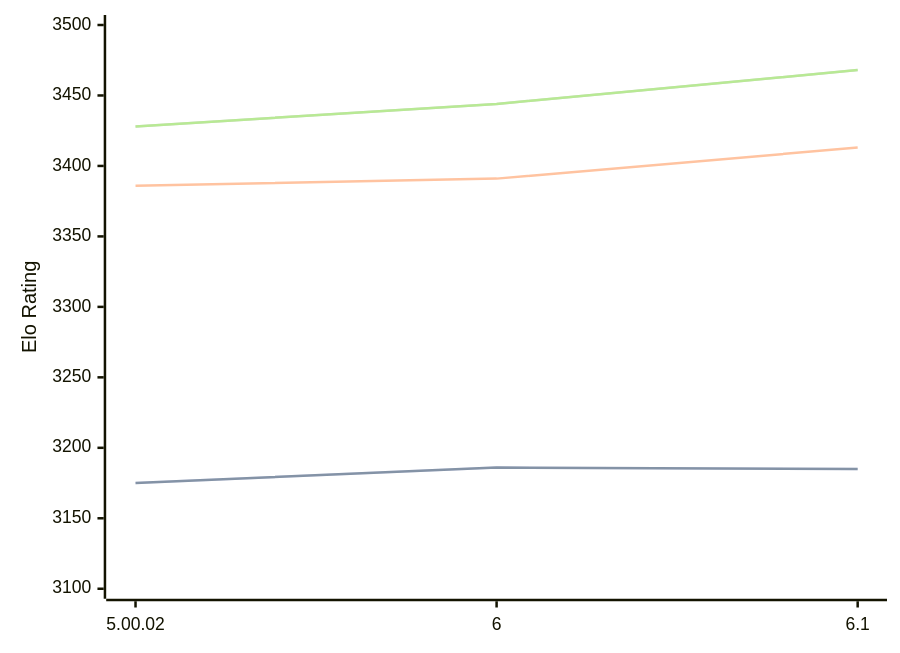
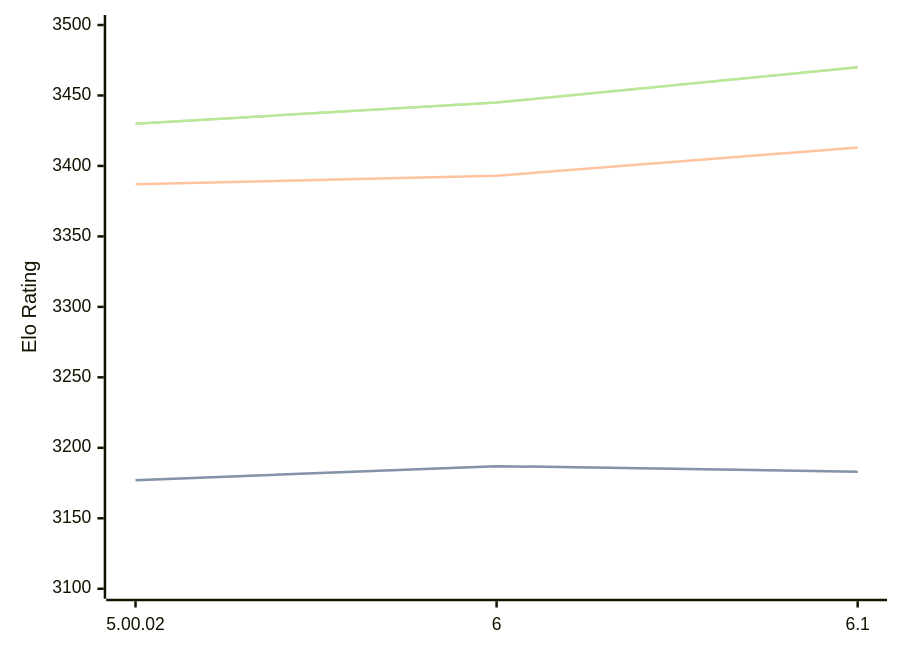
One commit to computer-chess-index/cci changed the diagram in engines/Zangdar.md. Above: the diagram before and after it, drawn with Mermaid. The commit also changed other lines of this file, not shown here.

Commit message:
Update CCI Ratings (ELO VLTC) - 2026-02-21

````diff
--- a/engines/Zangdar.md
+++ b/engines/Zangdar.md
@@ -42,11 +42,11 @@
 ```mermaid
 %%{init: {"theme":"base","themeVariables":{"seriesColors:['#a3a3a3','#222221','#faa371']}}}%%
 xychart-beta
   x-axis ["5.00.02", "6", "6.1"]
   y-axis "Elo Rating" 3100 --> 3500
-  line "STC (8.0+0.08s)" [3175, 3186, 3185]
-  line "STC (8.0+0.08s)" [3175, 3186, 3185]
-  line "LTC (60.0+0.60s)" [3386, 3391, 3413]
-  line "VLTC (2m24s+1.12s)" [3428, 3444, 3468]
-  line "VLTC (2m24s+1.12s)" [3428, 3444, 3468]
+  line "STC (8.0+0.08s)" [3177, 3187, 3183]
+  line "STC (8.0+0.08s)" [3177, 3187, 3183]
+  line "LTC (60.0+0.60s)" [3387, 3393, 3413]
+  line "VLTC (2m24s+1.12s)" [3430, 3445, 3470]
+  line "VLTC (2m24s+1.12s)" [3430, 3445, 3470]
 ```
````
